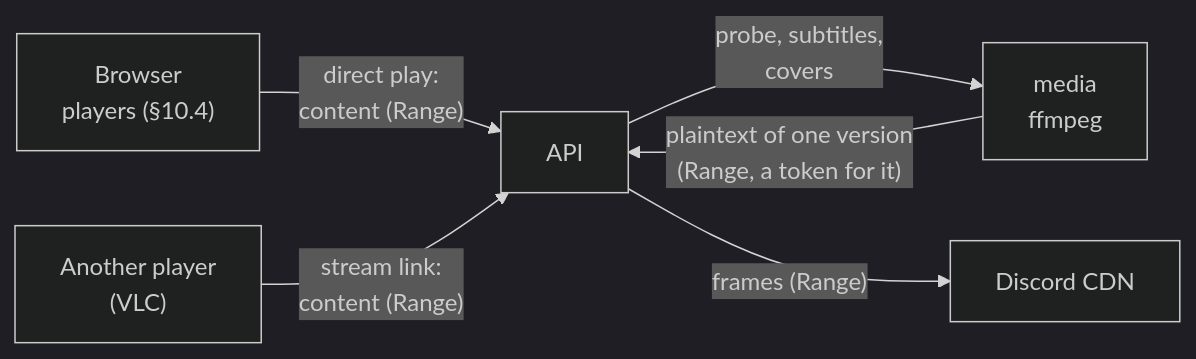
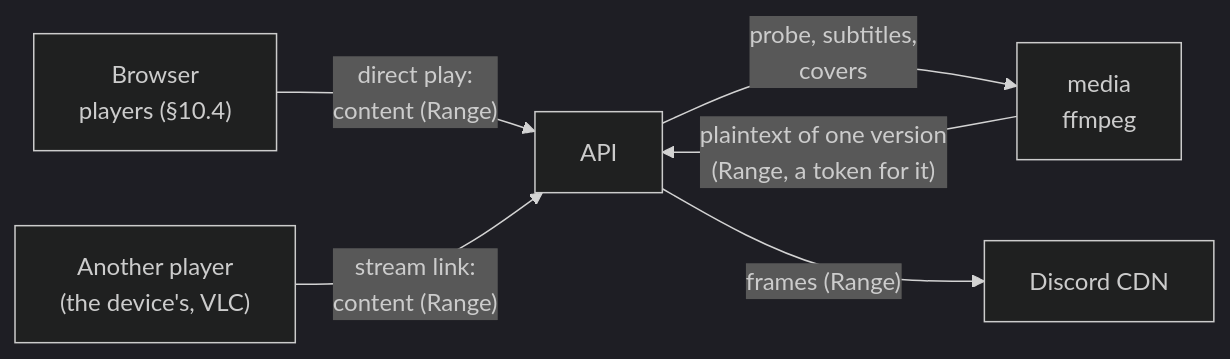
The ninth of 11 diagrams in docs/DESIGN.md (AlexB8675/DFS), drawn with Mermaid (dark theme) before and after one commit. The commit also changed other lines of this file and 7 other files, not shown here.

First line of the commit message:
Offer the device's own player before VLC, with nothing to download

````diff
--- a/docs/DESIGN.md
+++ b/docs/DESIGN.md
@@ -564,8 +564,8 @@
 ```mermaid
 flowchart LR
     B["Browser<br/>players (§10.4)"] -- "direct play:<br/>content (Range)" --> A["API"]
-    V["Another player<br/>(VLC)"] -- "stream link:<br/>content (Range)" --> A
+    V["Another player<br/>(the device's, VLC)"] -- "stream link:<br/>content (Range)" --> A
     A -- "probe, subtitles,<br/>covers" --> M["media<br/>ffmpeg"]
     M -- "plaintext of one version<br/>(Range, a token for it)" --> A
     A -- "frames (Range)" --> CDN["Discord CDN"]
 ```
````
